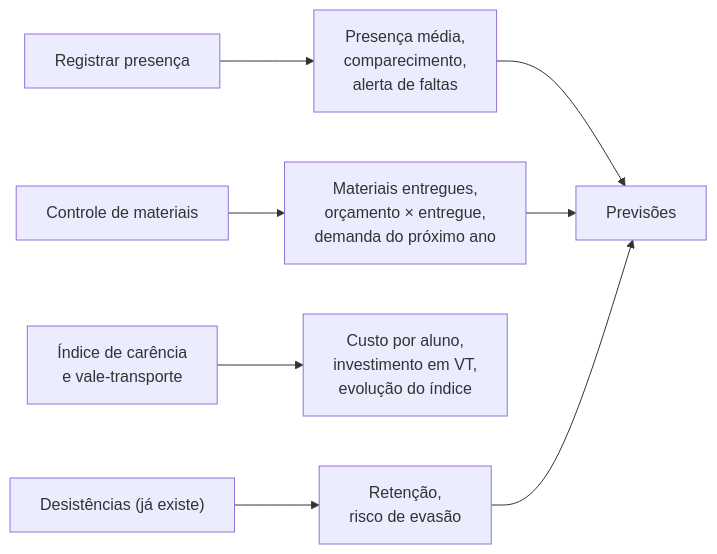
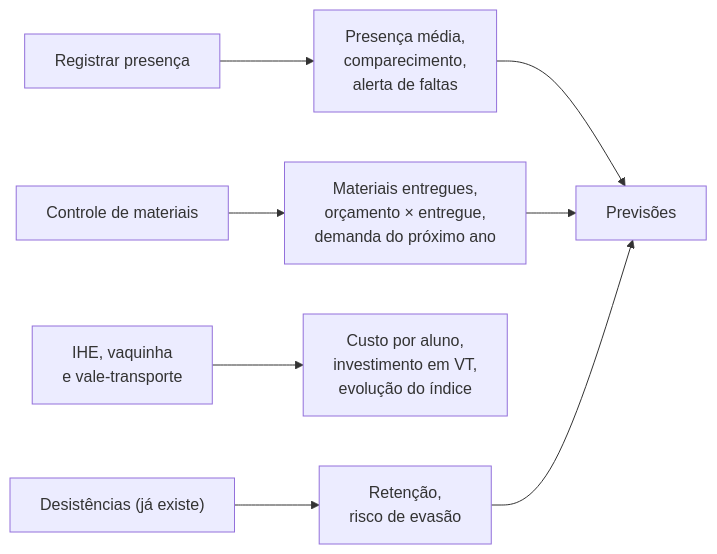
Before and after one commit to projeto-resgate/projetoresgate-api: the diagram in docs/negocio/indicadores-e-relatorios.md, drawn with Mermaid. The commit also changed other lines of this file and 22 other files, not shown here.

````diff
--- a/docs/negocio/indicadores-e-relatorios.md
+++ b/docs/negocio/indicadores-e-relatorios.md
@@ -75,10 +75,10 @@
 ```mermaid
 flowchart LR
     P["Registrar presença"] --> I1["Presença média,<br/>comparecimento,<br/>alerta de faltas"]
     M["Controle de materiais"] --> I2["Materiais entregues,<br/>orçamento × entregue,<br/>demanda do próximo ano"]
-    C["Índice de carência<br/>e vale-transporte"] --> I3["Custo por aluno,<br/>investimento em VT,<br/>evolução do índice"]
+    C["IHE, vaquinha<br/>e vale-transporte"] --> I3["Custo por aluno,<br/>investimento em VT,<br/>evolução do índice"]
     D["Desistências (já existe)"] --> I4["Retenção,<br/>risco de evasão"]
     I1 --> PR["Previsões"]
     I2 --> PR
     I4 --> PR
 ```
````
